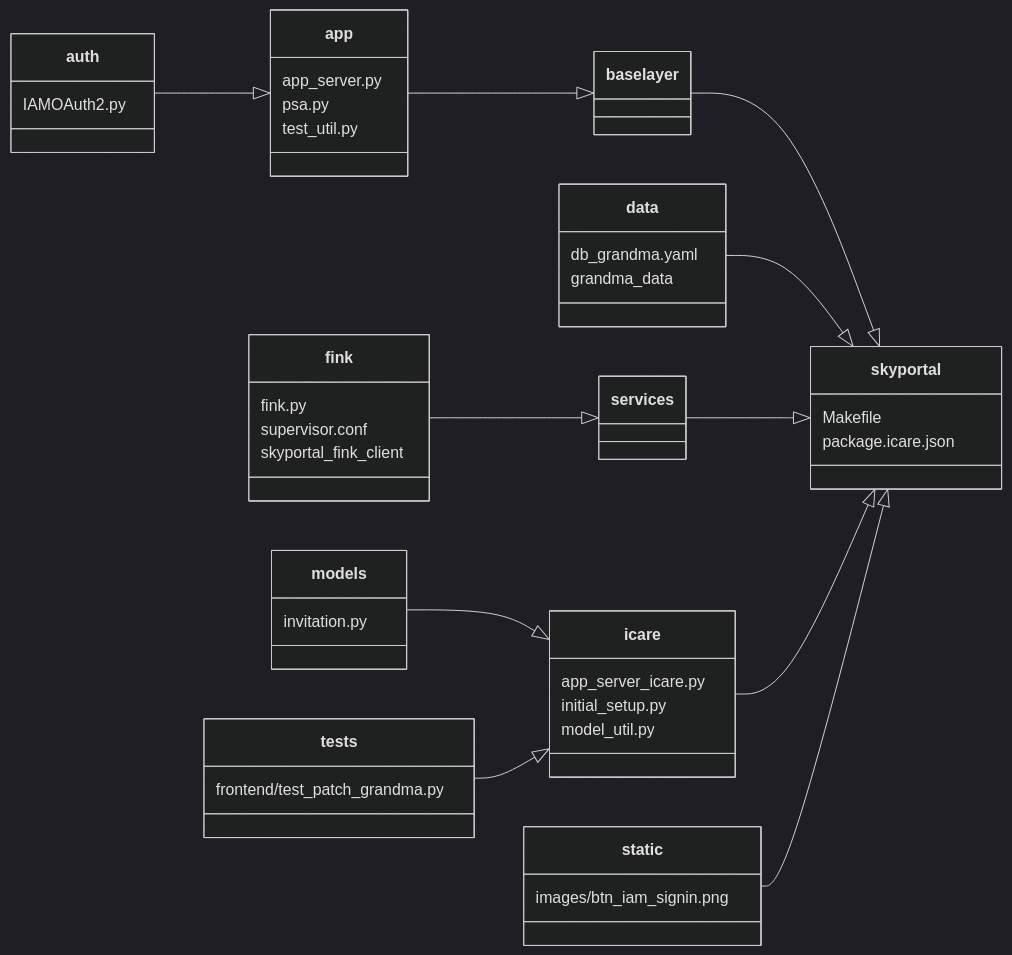
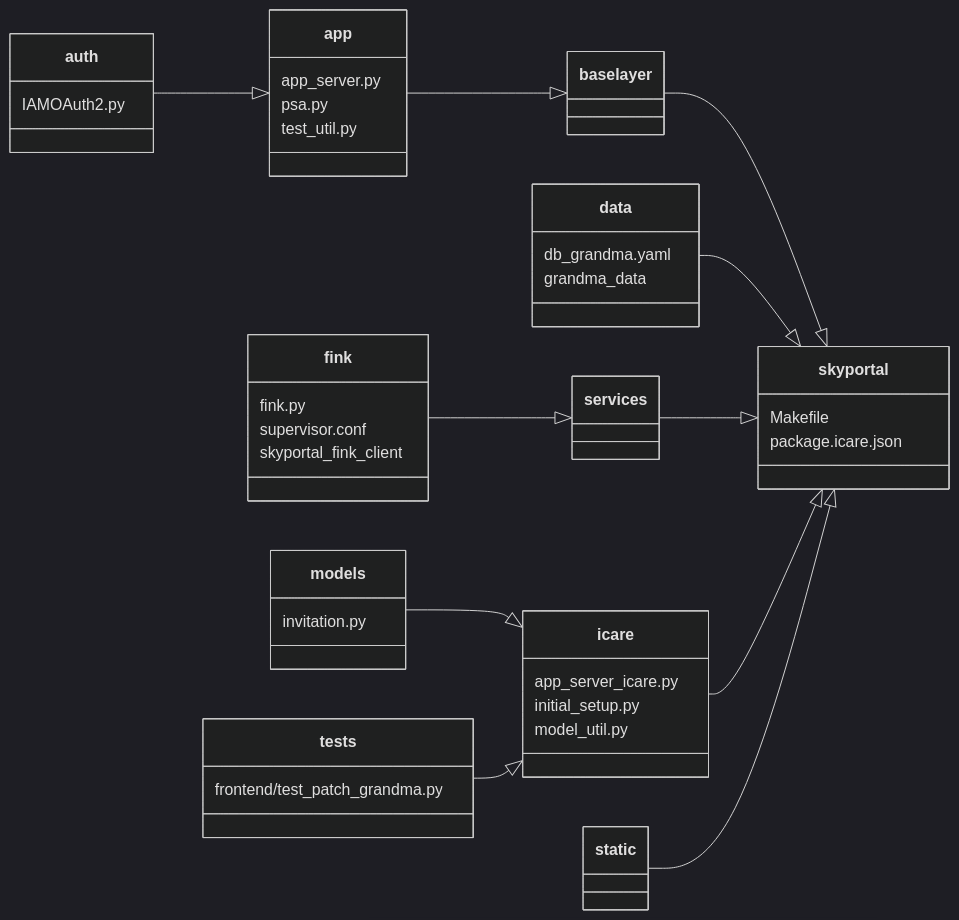
Before and after one commit to grandma-collaboration/icare: the second of 6 diagrams in docs/dev_guide/architecture.md, drawn with Mermaid (dark theme). The commit also changed other lines of this file and 2 other files, not shown here.

Commit message:
Use the IAM sign-in button drawn by SkyPortal instead of an image

````diff
--- a/docs/dev_guide/architecture.md
+++ b/docs/dev_guide/architecture.md
@@ -23,38 +23,37 @@
 ``` mermaid
 classDiagram
     direction LR
     app --|> baselayer
     app : app_server.py
     app : psa.py
     app : test_util.py
     auth --|> app
     auth : IAMOAuth2.py
 
     baselayer --|> skyportal
 
     data --|> skyportal
     data : db_grandma.yaml
     data : grandma_data
 
     services --|> skyportal
     fink --|> services
     fink : fink.py
     fink : supervisor.conf
     fink : skyportal_fink_client
 
     icare --|> skyportal
     icare : app_server_icare.py
     icare : initial_setup.py
     icare : model_util.py
 
     models --|> icare
     models : invitation.py
     tests --|> icare
     tests : frontend/test_patch_grandma.py
 
     static --|> skyportal
-    static : images/btn_iam_signin.png
 
     skyportal : Makefile
     skyportal : package.icare.json
 ```
````
